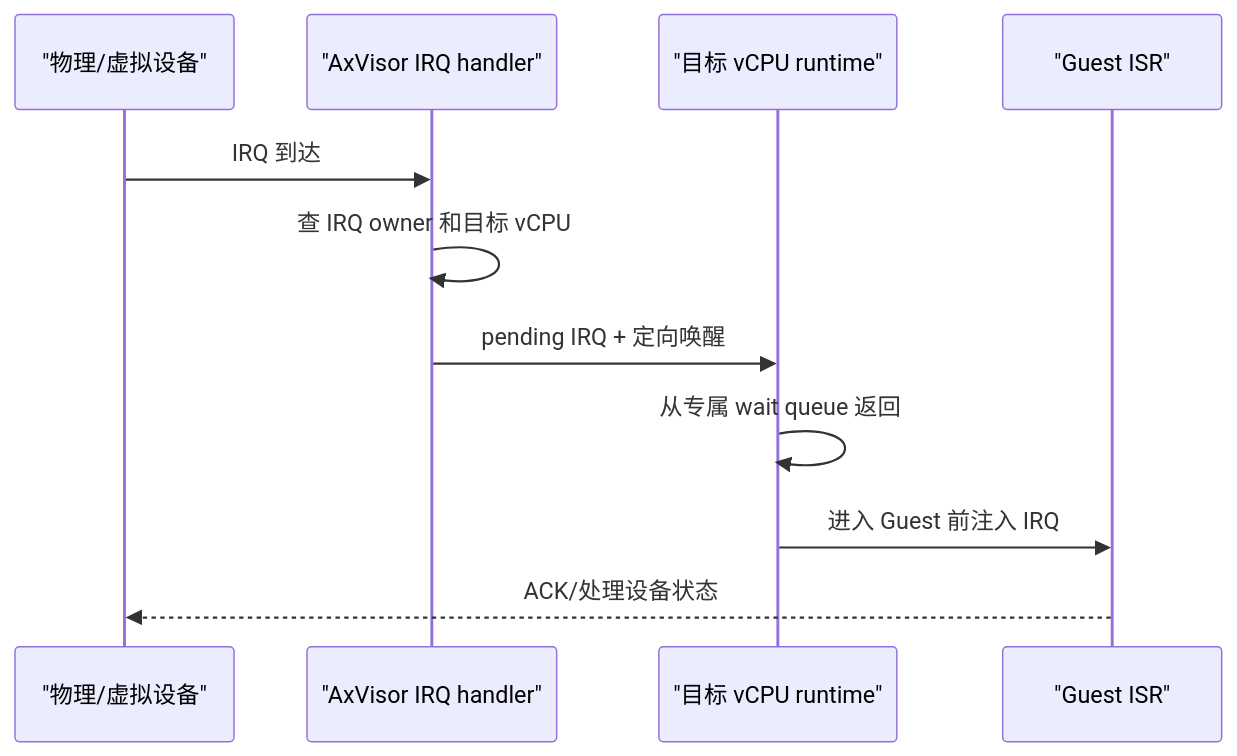
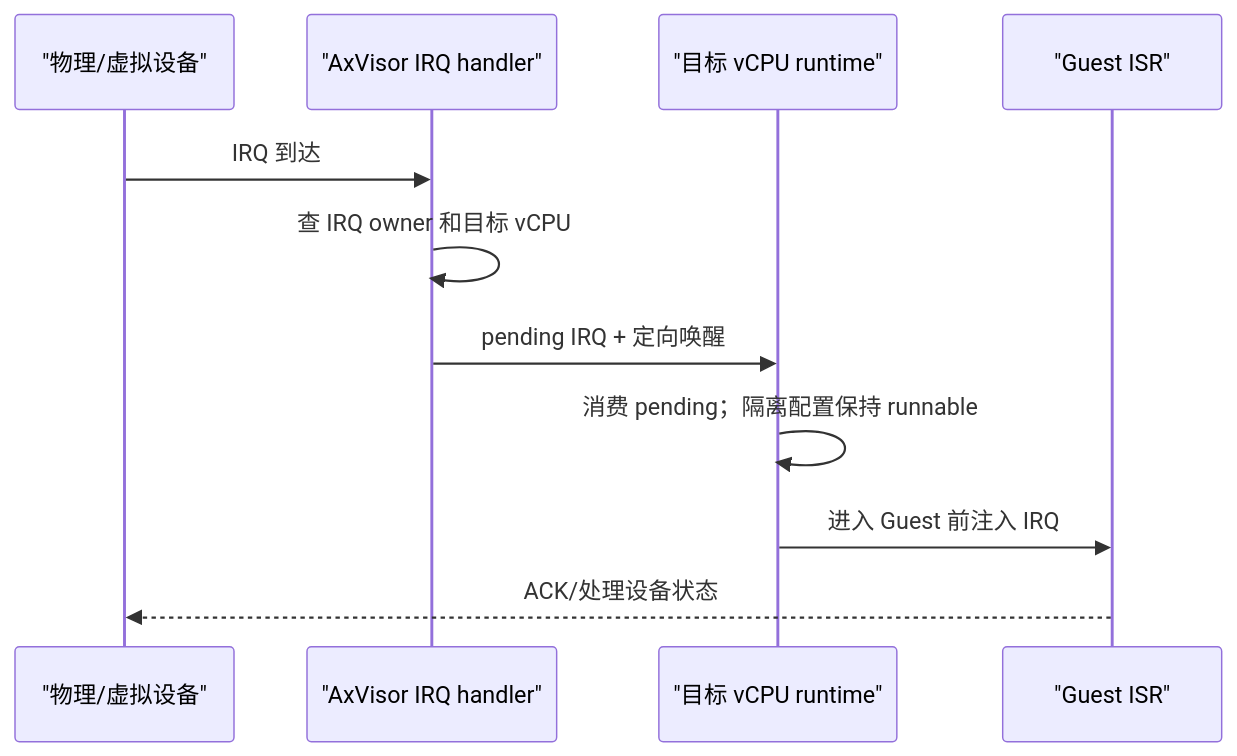
One commit to qcl-kernel/tgoskits-Avalon changed the third of 4 diagrams in docs/ai-rtos/开发记录与问题排查.md. Above: the diagram before and after it, drawn with Mermaid. The commit also changed other lines of this file and 2 other files, not shown here.

````diff
--- a/docs/ai-rtos/开发记录与问题排查.md
+++ b/docs/ai-rtos/开发记录与问题排查.md
@@ -145,13 +145,13 @@
 ```mermaid
 sequenceDiagram
     participant D as "物理/虚拟设备"
     participant H as "AxVisor IRQ handler"
     participant V as "目标 vCPU runtime"
     participant G as "Guest ISR"
     D->>H: IRQ 到达
     H->>H: 查 IRQ owner 和目标 vCPU
     H->>V: pending IRQ + 定向唤醒
-    V->>V: 从专属 wait queue 返回
+    V->>V: 消费 pending；隔离配置保持 runnable
     V->>G: 进入 Guest 前注入 IRQ
     G-->>D: ACK/处理设备状态
 ```
````
